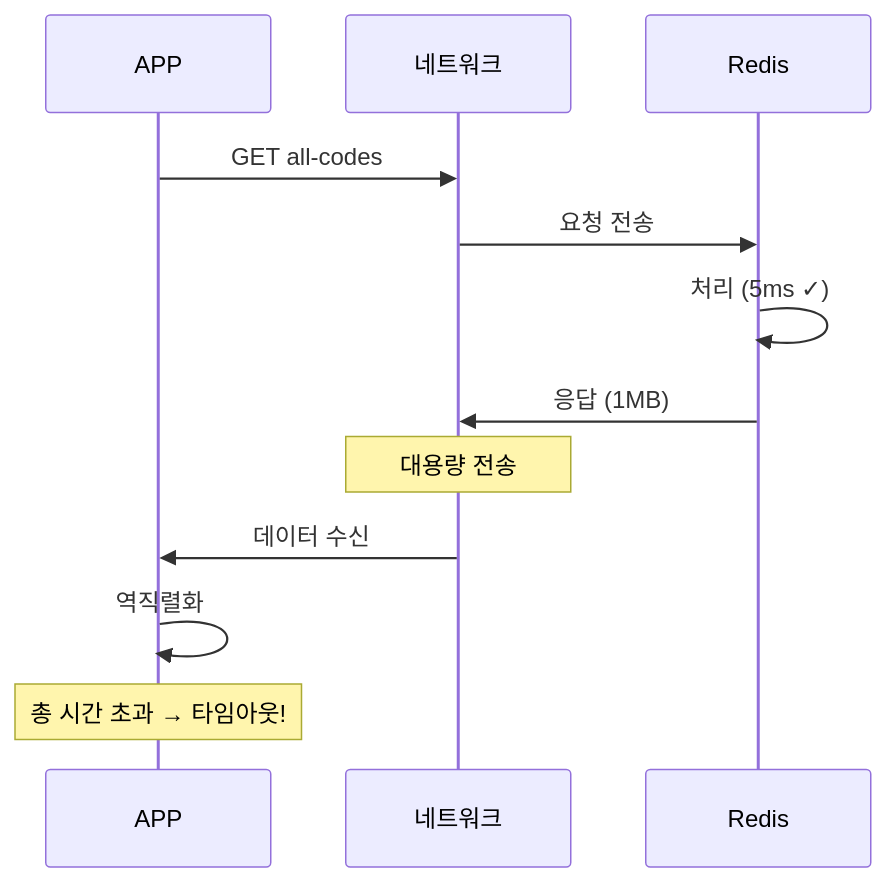
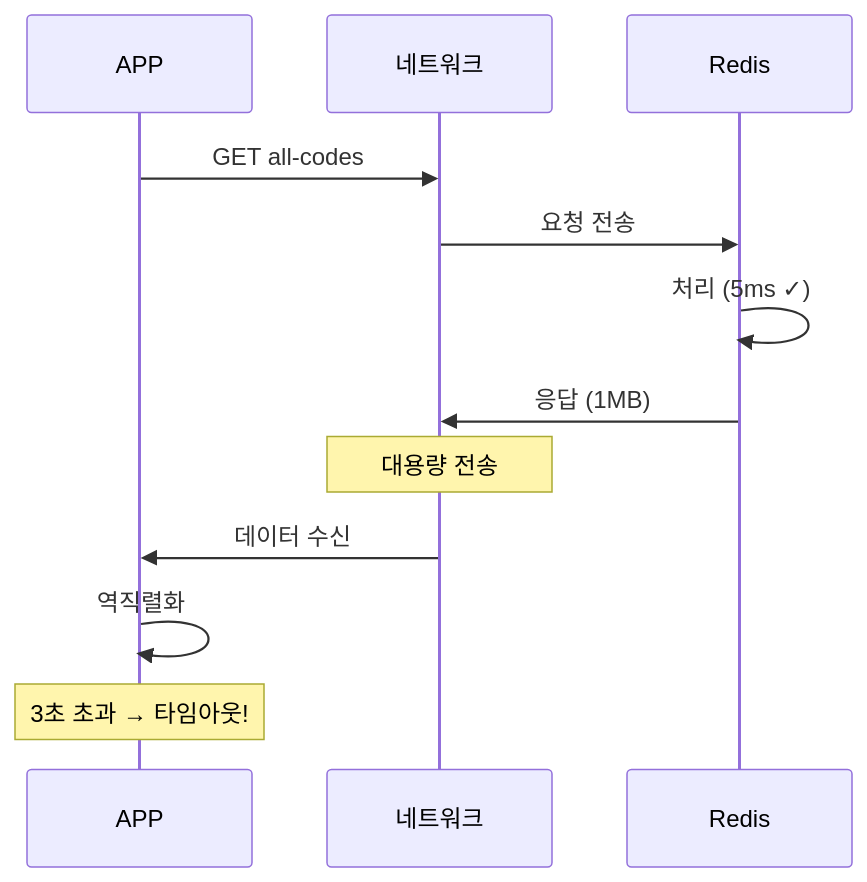
Before and after one commit to kimduksoo/duksoo-tech-blog: the first of 2 diagrams in content/backend/redis-adoption-experience.md, drawn with Mermaid. The commit also changed other lines of this file, not shown here.

First line of the commit message:
Redis 타임아웃 블로그: 중복 섹션 정리

````diff
--- a/content/backend/redis-adoption-experience.md
+++ b/content/backend/redis-adoption-experience.md
@@ -28,16 +28,16 @@
 ```mermaid
 sequenceDiagram
     participant APP as APP
     participant Network as 네트워크
     participant Redis as Redis
 
     APP->>Network: GET all-codes
     Network->>Redis: 요청 전송
     Redis->>Redis: 처리 (5ms ✓)
     Redis->>Network: 응답 (1MB)
     Note over Network: 대용량 전송
     Network->>APP: 데이터 수신
     APP->>APP: 역직렬화
 
-    Note over APP: 총 시간 초과 → 타임아웃!
+    Note over APP: 3초 초과 → 타임아웃!
 ```
````
